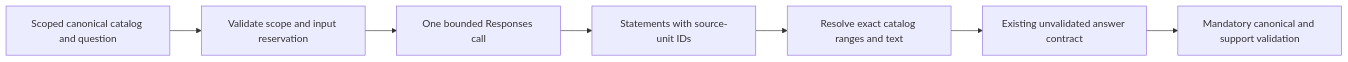
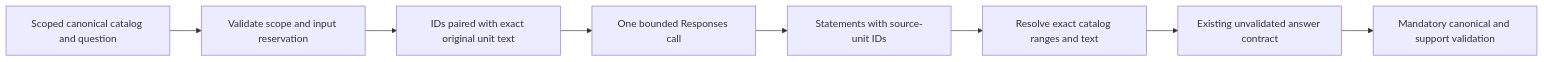
The third of 3 diagrams in backend/src/investment_research/infrastructure/generation/README.md (rnkraus/investment-research), drawn with Mermaid before and after one commit. The commit also changed other lines of this file and 6 other files, not shown here.

First line of the commit message:
fix(rag): pair citable source IDs directly with original text

````diff
--- a/backend/src/investment_research/infrastructure/generation/README.md
+++ b/backend/src/investment_research/infrastructure/generation/README.md
@@ -107,9 +112,10 @@
 ```mermaid
 flowchart LR
     INPUT[Scoped canonical catalog and question] --> PREFLIGHT[Validate scope and input reservation]
-    PREFLIGHT --> MODEL[One bounded Responses call]
+    PREFLIGHT --> INPUT_V2[IDs paired with exact original unit text]
+    INPUT_V2 --> MODEL[One bounded Responses call]
     MODEL --> IDS[Statements with source-unit IDs]
     IDS --> RESOLVE[Resolve exact catalog ranges and text]
     RESOLVE --> PROPOSAL[Existing unvalidated answer contract]
     PROPOSAL --> VALIDATE[Mandatory canonical and support validation]
 ```
````
